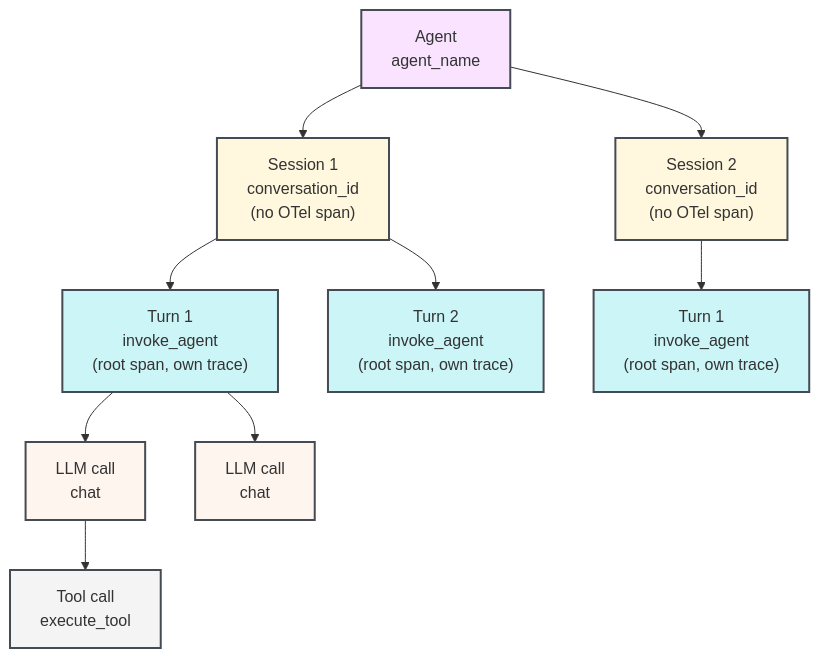
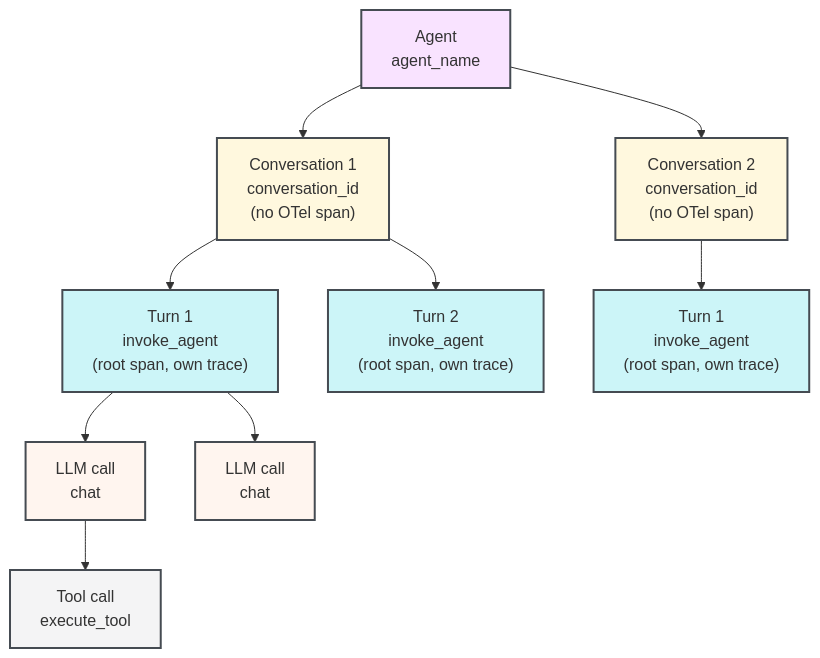
The diagram in weave/guides/tracking/trace-agents.mdx (wandb/docs), drawn with Mermaid before and after one commit. The commit also changed other lines of this file and 15 other files, not shown here.

````diff
--- a/weave/guides/tracking/trace-agents.mdx
+++ b/weave/guides/tracking/trace-agents.mdx
@@ -76,34 +76,34 @@
 ```mermaid
 flowchart TB
     Agent["Agent<br/>agent_name"]
 
     Agent --> S1 & S2
 
-    S1["Session 1<br/>conversation_id<br/>(no OTel span)"]
-    S2["Session 2<br/>conversation_id<br/>(no OTel span)"]
+    S1["Conversation 1<br/>conversation_id<br/>(no OTel span)"]
+    S2["Conversation 2<br/>conversation_id<br/>(no OTel span)"]
 
     S1 --> T1 & T2
     S2 --> T3
 
     T1["Turn 1<br/>invoke_agent<br/>(root span, own trace)"]
     T2["Turn 2<br/>invoke_agent<br/>(root span, own trace)"]
     T3["Turn 1<br/>invoke_agent<br/>(root span, own trace)"]
 
     T1 --> L1 & L2
     L1["LLM call<br/>chat"]
     L2["LLM call<br/>chat"]
 
     L1 --> Tool1["Tool call<br/>execute_tool"]
 
     classDef agent fill:#DE72FF33,stroke:#454B52,stroke-width:2px
-    classDef session fill:#FFD95C33,stroke:#454B52,stroke-width:2px
+    classDef conversation fill:#FFD95C33,stroke:#454B52,stroke-width:2px
     classDef turn fill:#00CDDB33,stroke:#454B52,stroke-width:2px
     classDef llm fill:#FFCBAD33,stroke:#454B52,stroke-width:2px
     classDef tool fill:#f4f4f5,stroke:#454B52,stroke-width:2px
 
     class Agent agent
-    class S1,S2 session
+    class S1,S2 conversation
     class T1,T2,T3 turn
     class L1,L2 llm
     class Tool1 tool
 ```
````
